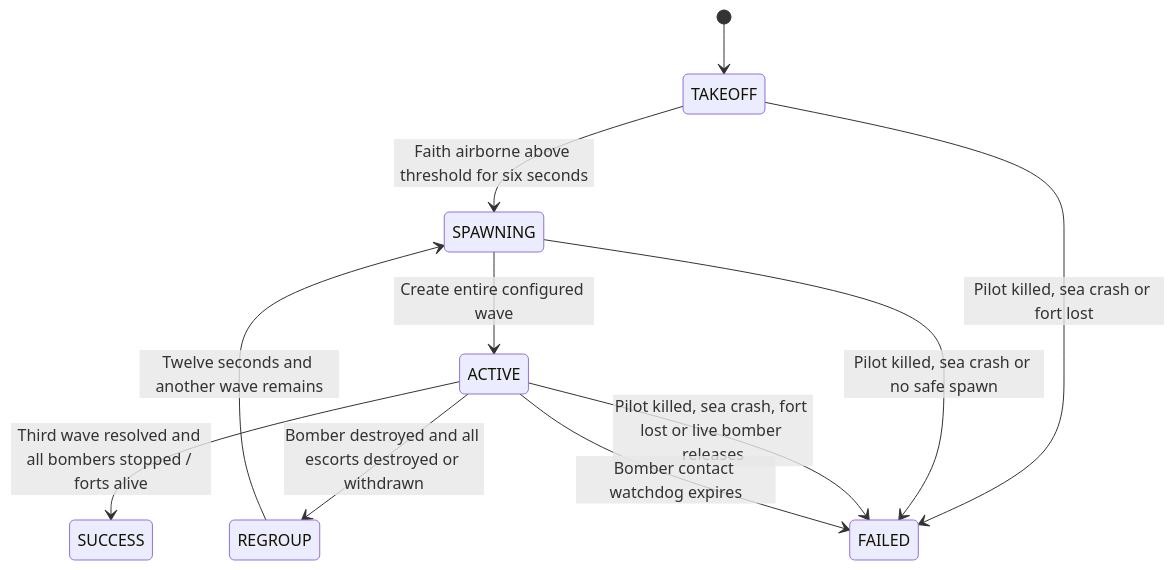
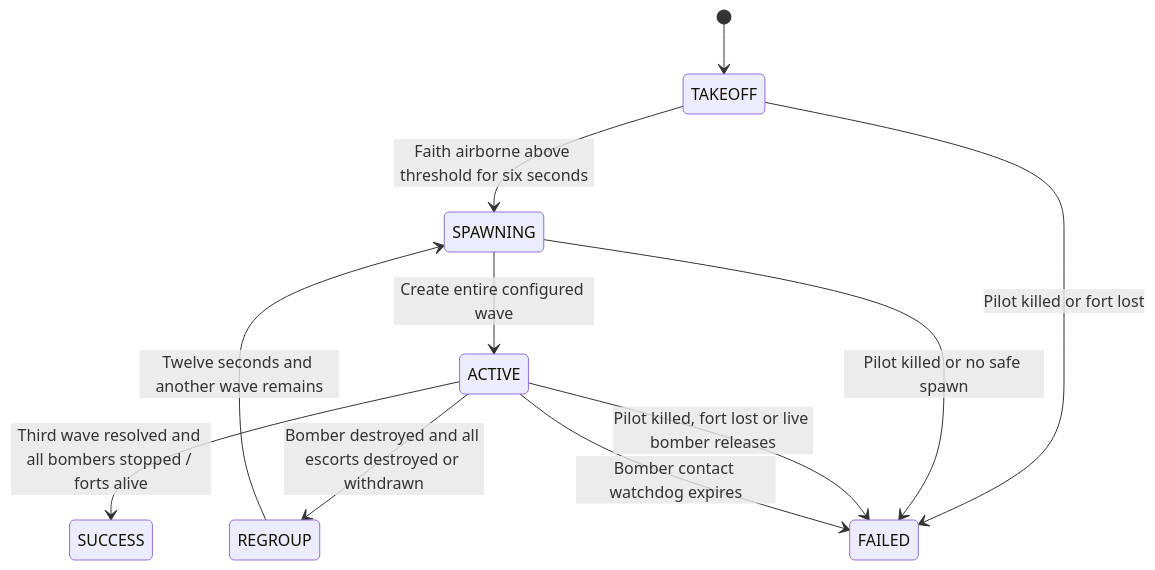
The first of 2 diagrams in docs/harbour-interception.md (zelenski3398/codexproj1), drawn with Mermaid before and after one commit. The commit also changed other lines of this file and 7 other files, not shown here.

````diff
--- a/docs/harbour-interception.md
+++ b/docs/harbour-interception.md
@@ -35,13 +35,13 @@
 ```mermaid
 stateDiagram-v2
     [*] --> TAKEOFF
     TAKEOFF --> SPAWNING: Faith airborne above threshold for six seconds
     SPAWNING --> ACTIVE: Create entire configured wave
     ACTIVE --> REGROUP: Bomber destroyed and all escorts destroyed or withdrawn
     REGROUP --> SPAWNING: Twelve seconds and another wave remains
     ACTIVE --> SUCCESS: Third wave resolved and all bombers stopped / forts alive
-    TAKEOFF --> FAILED: Pilot killed, sea crash or fort lost
-    SPAWNING --> FAILED: Pilot killed, sea crash or no safe spawn
-    ACTIVE --> FAILED: Pilot killed, sea crash, fort lost or live bomber releases
+    TAKEOFF --> FAILED: Pilot killed or fort lost
+    SPAWNING --> FAILED: Pilot killed or no safe spawn
+    ACTIVE --> FAILED: Pilot killed, fort lost or live bomber releases
     ACTIVE --> FAILED: Bomber contact watchdog expires
 ```
````
